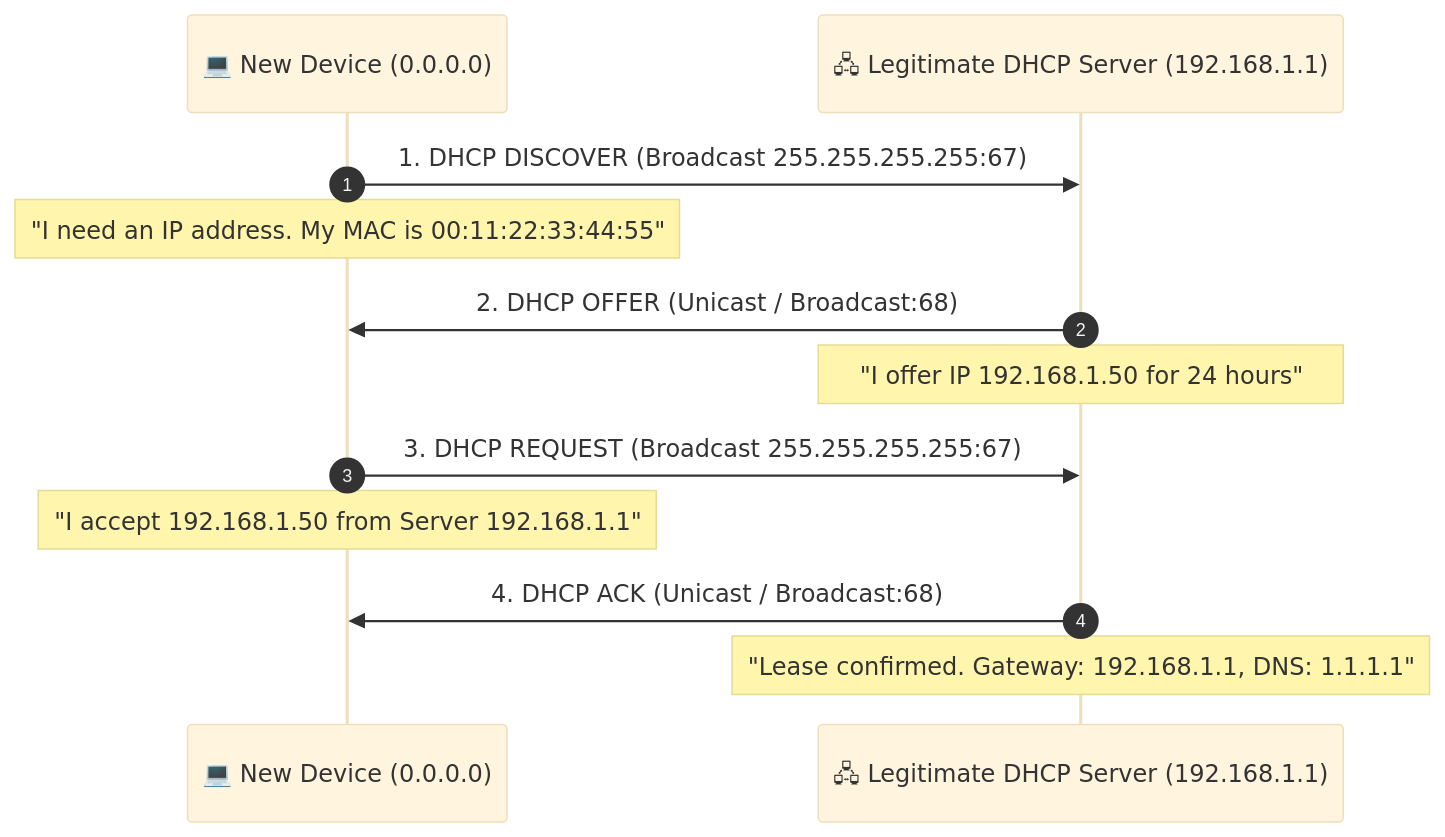
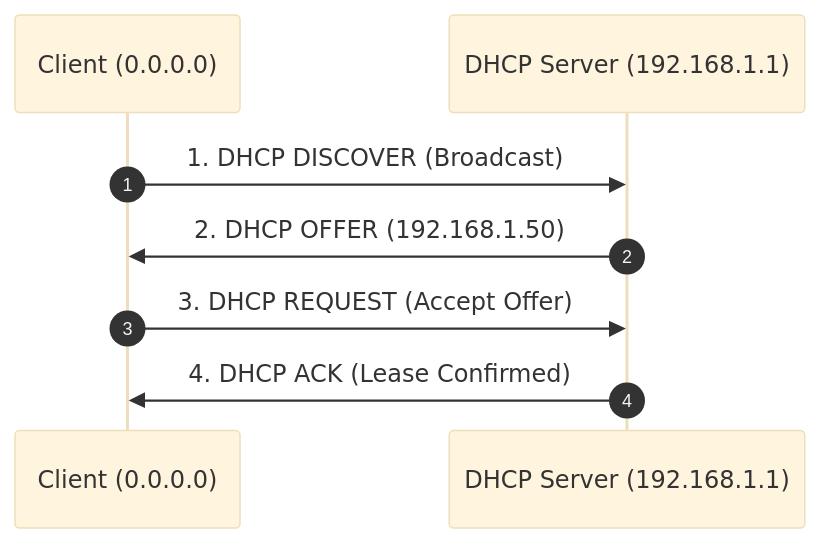
Before and after one commit to DaddyZyn/Cyber-security-notes: the first of 4 diagrams in topics/10-dhcp-starvation-and-rogue-gateway-attacks/README.md, drawn with Mermaid (base theme). The commit also changed other lines of this file and 19 other files, not shown here.

Commit message:
fix: overhaul all Mermaid diagrams with clean vertical layouts and short line-wrapping to prevent GitHub clipping

````diff
--- a/topics/10-dhcp-starvation-and-rogue-gateway-attacks/README.md
+++ b/topics/10-dhcp-starvation-and-rogue-gateway-attacks/README.md
@@ -31,15 +31,11 @@
 ```mermaid
 sequenceDiagram
     autonumber
-    participant Client as 💻 New Device (0.0.0.0)
-    participant Server as 🖧 Legitimate DHCP Server (192.168.1.1)
+    participant Client as Client (0.0.0.0)
+    participant Server as DHCP Server (192.168.1.1)
 
-    Client->>Server: 1. DHCP DISCOVER (Broadcast 255.255.255.255:67)
-    Note over Client: "I need an IP address. My MAC is 00:11:22:33:44:55"
-    Server->>Client: 2. DHCP OFFER (Unicast / Broadcast:68)
-    Note over Server: "I offer IP 192.168.1.50 for 24 hours"
-    Client->>Server: 3. DHCP REQUEST (Broadcast 255.255.255.255:67)
-    Note over Client: "I accept 192.168.1.50 from Server 192.168.1.1"
-    Server->>Client: 4. DHCP ACK (Unicast / Broadcast:68)
-    Note over Server: "Lease confirmed. Gateway: 192.168.1.1, DNS: 1.1.1.1"
+    Client->>Server: 1. DHCP DISCOVER (Broadcast)
+    Server->>Client: 2. DHCP OFFER (192.168.1.50)
+    Client->>Server: 3. DHCP REQUEST (Accept Offer)
+    Server->>Client: 4. DHCP ACK (Lease Confirmed)
 ```
````
